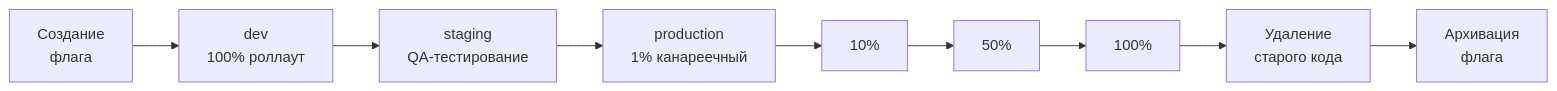
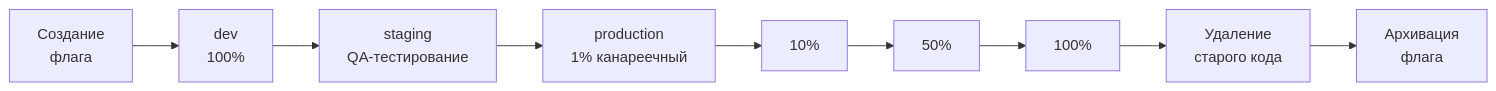
Before and after one commit to edgar-dev20/mozhno: the diagram in docs/guide/flags-workflow.md, drawn with Mermaid. The commit also changed other lines of this file and 1 other file, not shown here.

Commit message:
docs: rewrite flags-workflow — cleaner lifecycle, remove strategy checklist and redundant diagrams

````diff
--- a/docs/guide/flags-workflow.md
+++ b/docs/guide/flags-workflow.md
@@ -62,11 +43,11 @@
 ```mermaid
 flowchart LR
-    A[Создание<br/>флага] --> B[dev<br/>100% роллаут]
+    A[Создание<br/>флага] --> B[dev<br/>100%]
     B --> C[staging<br/>QA-тестирование]
     C --> D[production<br/>1% канареечный]
     D --> E[10%]
     E --> F[50%]
     F --> G[100%]
     G --> H[Удаление<br/>старого кода]
     H --> I[Архивация<br/>флага]
 ```
````
